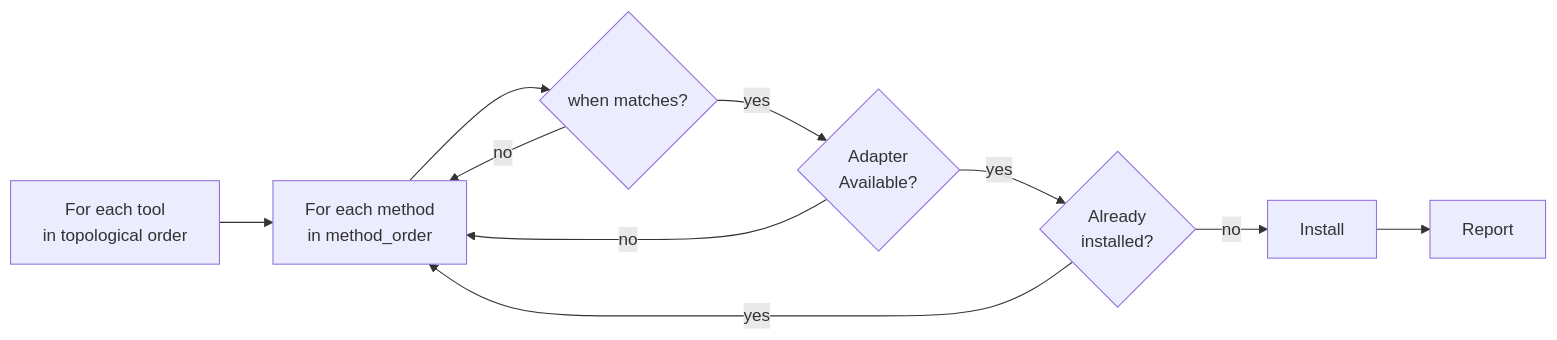
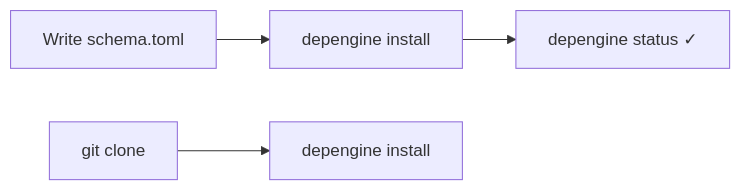
One commit to Khorea1/depengine changed the diagram in README.md. Above: the diagram before and after it, drawn with Mermaid. The commit also changed other lines of this file and 3 other files, not shown here.

````diff
--- a/README.md
+++ b/README.md
@@ -682,12 +86,6 @@
 ```mermaid
 flowchart LR
-    A[For each tool\nin topological order] --> B[For each method\nin method_order]
-    B --> C{when matches?}
-    C -->|no| B
-    C -->|yes| D{Adapter\nAvailable?}
-    D -->|no| B
-    D -->|yes| E{Already\ninstalled?}
-    E -->|yes| B
-    E -->|no| F[Install]
-    F --> G[Report]
+    A[Write schema.toml] --> B[depengine install]
+    B --> C[depengine status ✓]
+    D[git clone] --> E[depengine install]
 ```
````
